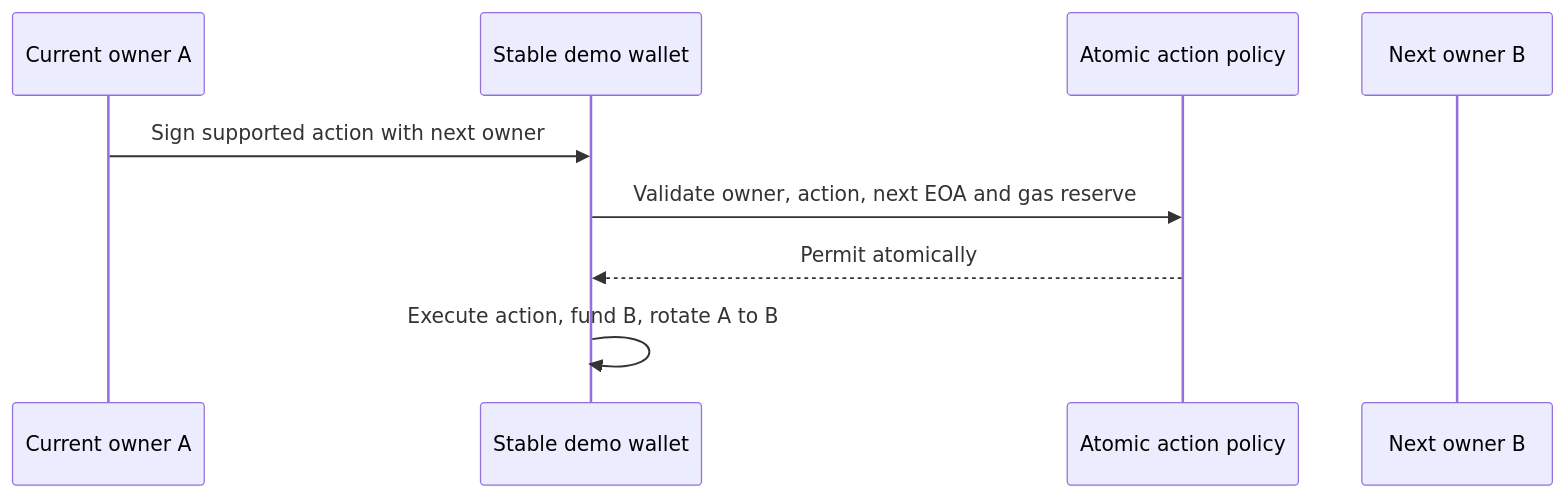
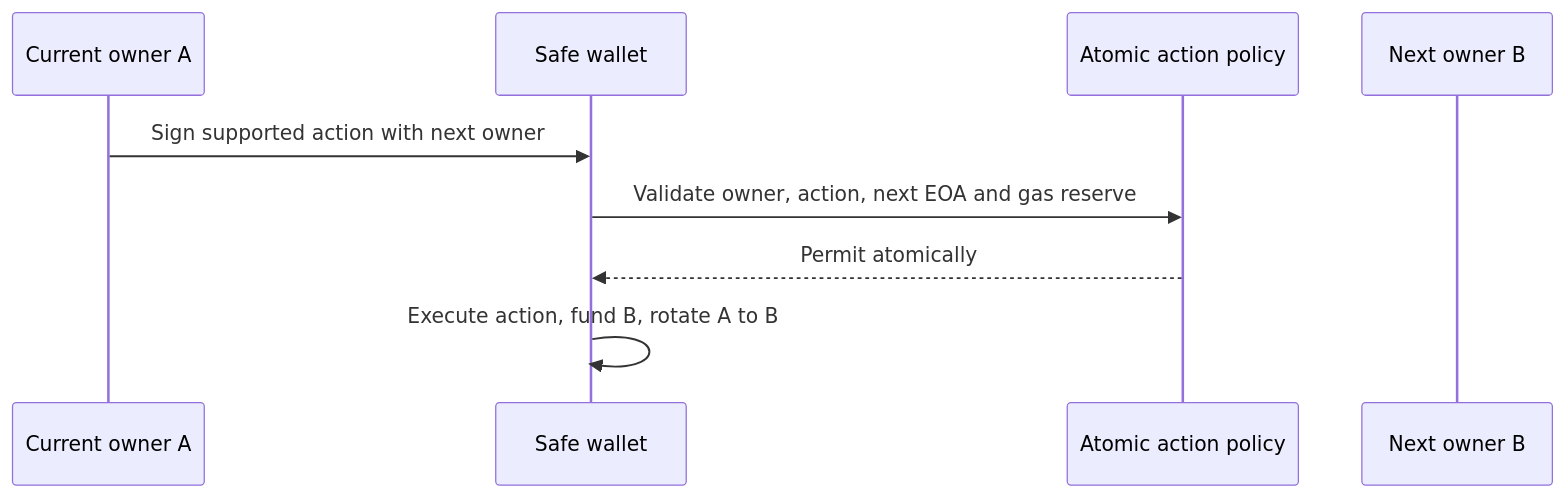
The first of 2 diagrams in README.md (SilentCicero/bunker-wallet), drawn with Mermaid before and after one commit. The commit also changed other lines of this file and 28 other files, not shown here.

````diff
--- a/README.md
+++ b/README.md
@@ -7,11 +7,11 @@
 ```mermaid
 sequenceDiagram
   participant A as Current owner A
-  participant S as Stable demo wallet
+  participant S as Safe wallet
   participant G as Atomic action policy
   participant B as Next owner B
   A->>S: Sign supported action with next owner
   S->>G: Validate owner, action, next EOA and gas reserve
   G-->>S: Permit atomically
   S->>S: Execute action, fund B, rotate A to B
 ```
````
